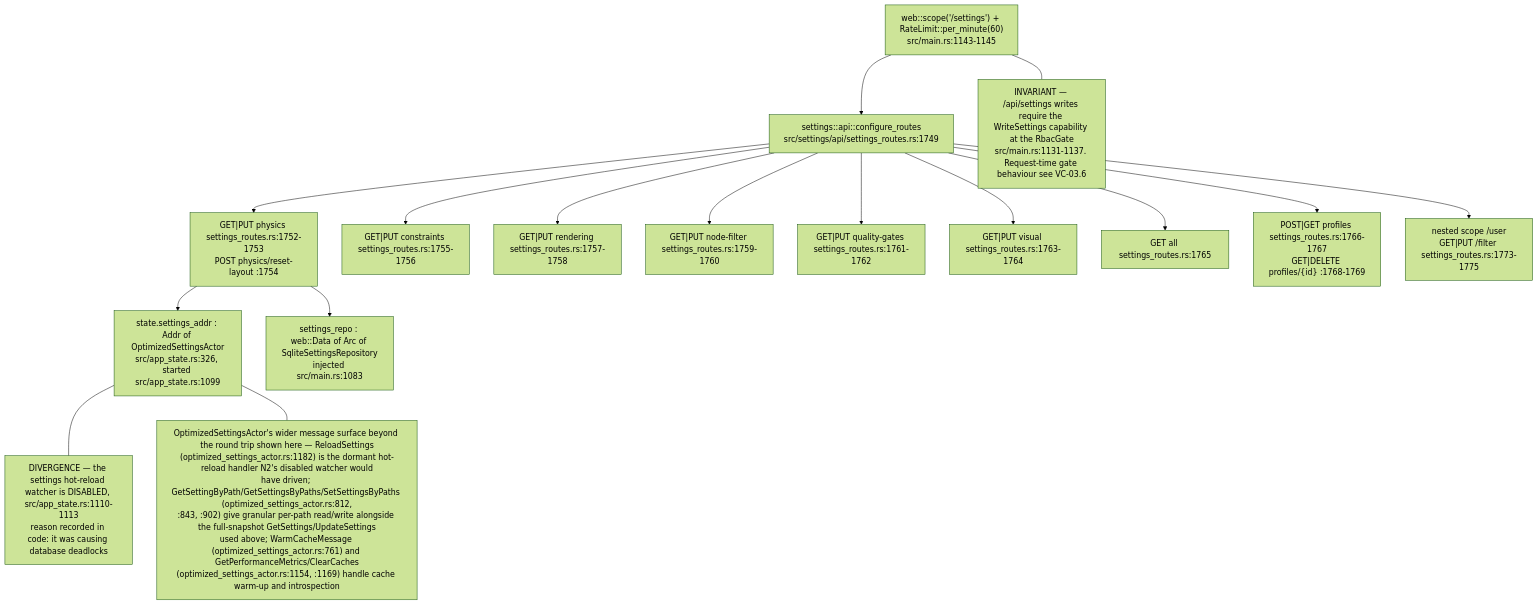
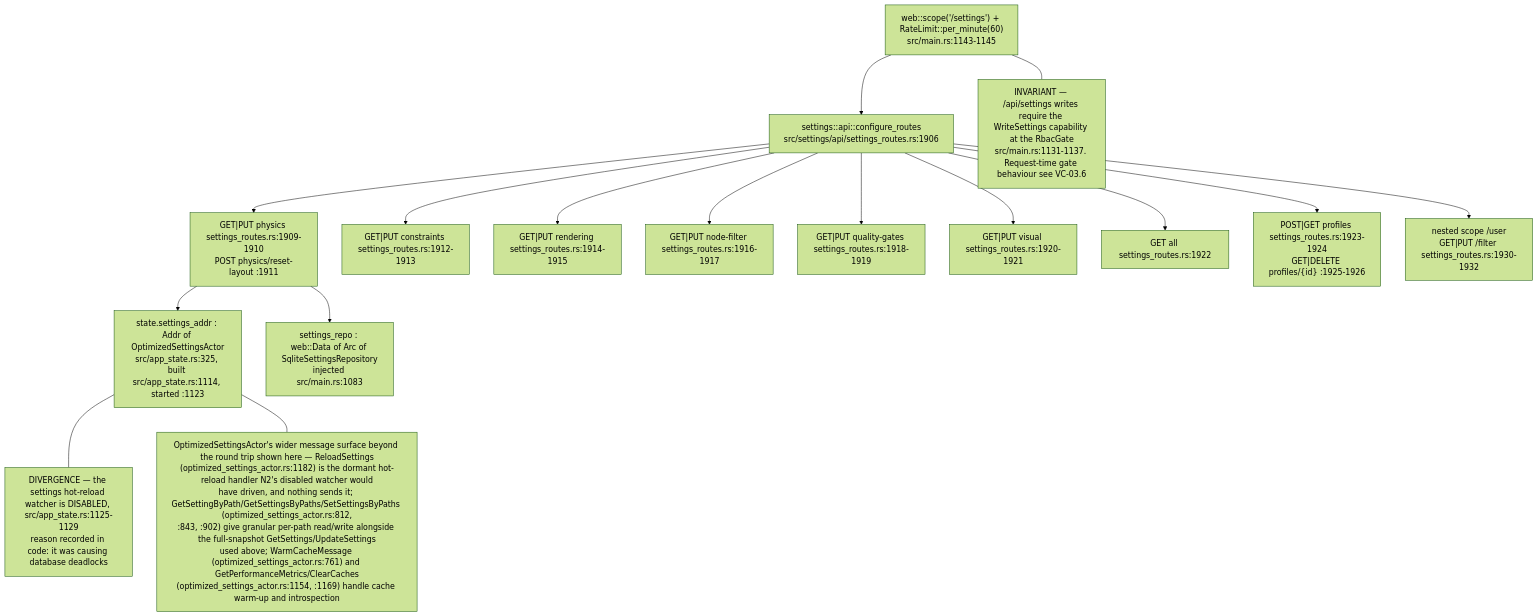
Before and after one commit to DreamLab-AI/VisionFlow: the first of 8 diagrams in docs/diagrams/visionclaw/06-settings-round-trip.md, drawn with Mermaid (forest theme). The commit also changed other lines of this file and 173 other files, not shown here.

````diff
--- a/docs/diagrams/visionclaw/06-settings-round-trip.md
+++ b/docs/diagrams/visionclaw/06-settings-round-trip.md
@@ -34,24 +41,24 @@
 ```mermaid
 flowchart TB
     S["web::scope('/settings') + RateLimit::per_minute(60)<br/>src/main.rs:1143-1145"]
-    S --> CFG["settings::api::configure_routes<br/>src/settings/api/settings_routes.rs:1749"]
-    CFG --> P["GET|PUT physics settings_routes.rs:1752-1753<br/>POST physics/reset-layout :1754"]
-    CFG --> C["GET|PUT constraints settings_routes.rs:1755-1756"]
-    CFG --> R["GET|PUT rendering settings_routes.rs:1757-1758"]
-    CFG --> NF["GET|PUT node-filter settings_routes.rs:1759-1760"]
-    CFG --> QG["GET|PUT quality-gates settings_routes.rs:1761-1762"]
-    CFG --> V["GET|PUT visual settings_routes.rs:1763-1764"]
-    CFG --> AL["GET all settings_routes.rs:1765"]
-    CFG --> PR["POST|GET profiles settings_routes.rs:1766-1767<br/>GET|DELETE profiles/{id} :1768-1769"]
-    CFG --> U["nested scope /user<br/>GET|PUT /filter settings_routes.rs:1773-1775"]
-    ACT["state.settings_addr : Addr of OptimizedSettingsActor<br/>src/app_state.rs:326, started src/app_state.rs:1099"]
+    S --> CFG["settings::api::configure_routes<br/>src/settings/api/settings_routes.rs:1906"]
+    CFG --> P["GET|PUT physics settings_routes.rs:1909-1910<br/>POST physics/reset-layout :1911"]
+    CFG --> C["GET|PUT constraints settings_routes.rs:1912-1913"]
+    CFG --> R["GET|PUT rendering settings_routes.rs:1914-1915"]
+    CFG --> NF["GET|PUT node-filter settings_routes.rs:1916-1917"]
+    CFG --> QG["GET|PUT quality-gates settings_routes.rs:1918-1919"]
+    CFG --> V["GET|PUT visual settings_routes.rs:1920-1921"]
+    CFG --> AL["GET all settings_routes.rs:1922"]
+    CFG --> PR["POST|GET profiles settings_routes.rs:1923-1924<br/>GET|DELETE profiles/{id} :1925-1926"]
+    CFG --> U["nested scope /user<br/>GET|PUT /filter settings_routes.rs:1930-1932"]
+    ACT["state.settings_addr : Addr of OptimizedSettingsActor<br/>src/app_state.rs:325, built src/app_state.rs:1114, started :1123"]
     REPO["settings_repo : web::Data of Arc of SqliteSettingsRepository<br/>injected src/main.rs:1083"]
     P --> ACT
     P --> REPO
     N1["INVARIANT — /api/settings writes require the WriteSettings capability at the RbacGate<br/>src/main.rs:1131-1137. Request-time gate behaviour see VC-03.6"]
     S --- N1
-    N2["DIVERGENCE — the settings hot-reload watcher is DISABLED, src/app_state.rs:1110-1113<br/>reason recorded in code: it was causing database deadlocks"]
+    N2["DIVERGENCE — the settings hot-reload watcher is DISABLED, src/app_state.rs:1125-1129<br/>reason recorded in code: it was causing database deadlocks"]
     ACT --- N2
-    N3["OptimizedSettingsActor's wider message surface beyond the round trip shown here — ReloadSettings<br/>(optimized_settings_actor.rs:1182) is the dormant hot-reload handler N2's disabled watcher would<br/>have driven; GetSettingByPath/GetSettingsByPaths/SetSettingsByPaths (optimized_settings_actor.rs:812,<br/>:843, :902) give granular per-path read/write alongside the full-snapshot GetSettings/UpdateSettings<br/>used above; WarmCacheMessage (optimized_settings_actor.rs:761) and GetPerformanceMetrics/ClearCaches<br/>(optimized_settings_actor.rs:1154, :1169) handle cache warm-up and introspection"]
+    N3["OptimizedSettingsActor's wider message surface beyond the round trip shown here — ReloadSettings<br/>(optimized_settings_actor.rs:1182) is the dormant hot-reload handler N2's disabled watcher would<br/>have driven, and nothing sends it; GetSettingByPath/GetSettingsByPaths/SetSettingsByPaths (optimized_settings_actor.rs:812,<br/>:843, :902) give granular per-path read/write alongside the full-snapshot GetSettings/UpdateSettings<br/>used above; WarmCacheMessage (optimized_settings_actor.rs:761) and GetPerformanceMetrics/ClearCaches<br/>(optimized_settings_actor.rs:1154, :1169) handle cache warm-up and introspection"]
     ACT --- N3
 ```
````
